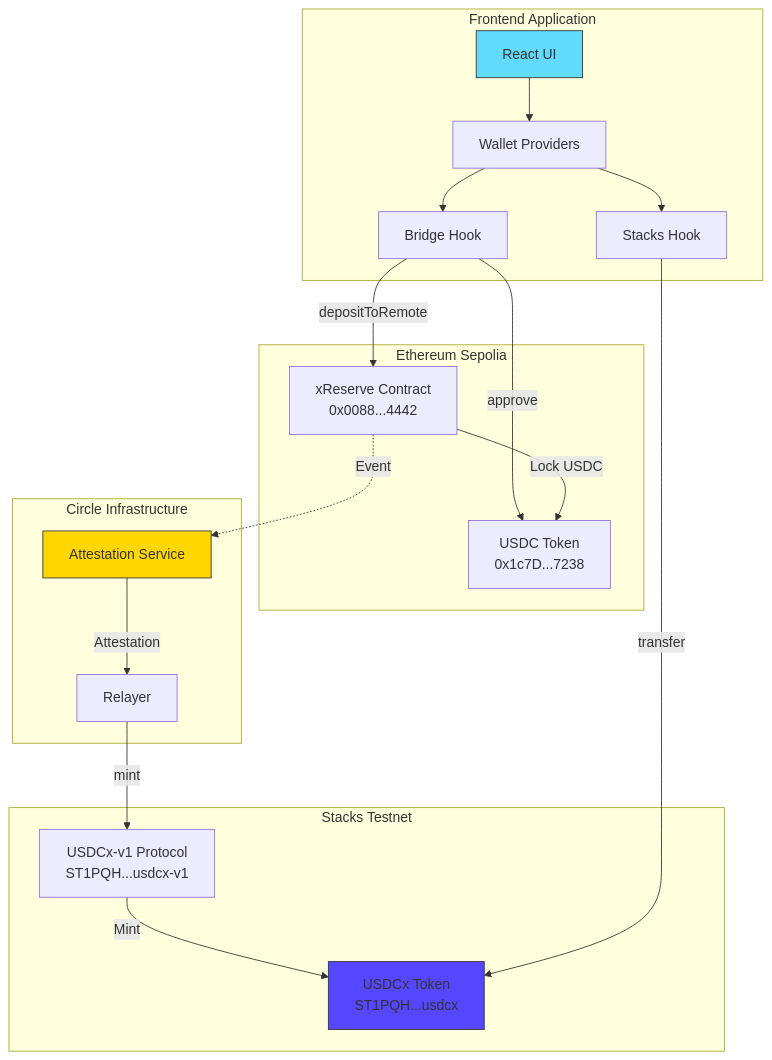
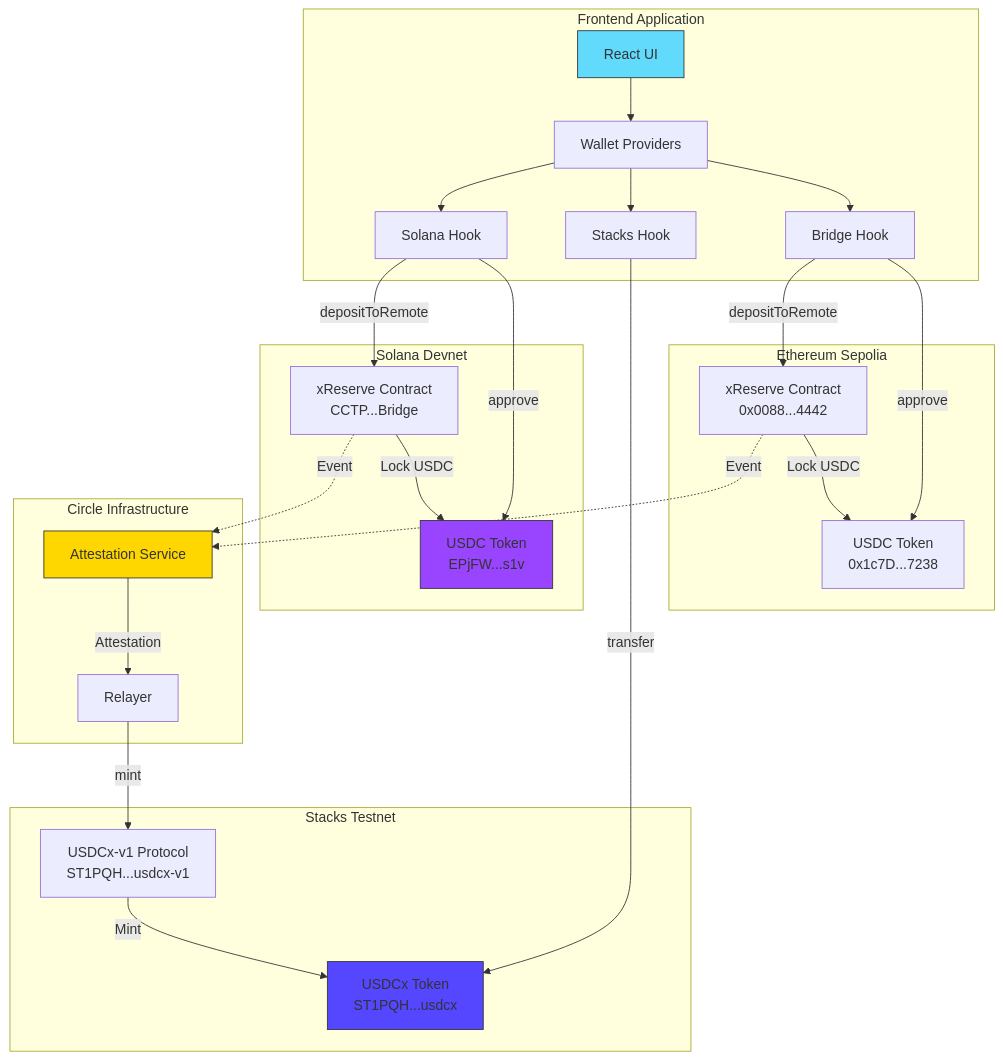
One commit to cypherpulse/Hermes changed the fourth of 7 diagrams in README.md. Above: the diagram before and after it, drawn with Mermaid. The commit also changed other lines of this file, not shown here.

````diff
--- a/README.md
+++ b/README.md
@@ -330,40 +340,52 @@
 ```mermaid
 graph TB
     subgraph "Frontend Application"
         UI[React UI]
         WP[Wallet Providers]
         BH[Bridge Hook]
         SH[Stacks Hook]
+        SOH[Solana Hook]
     end
     
     subgraph "Ethereum Sepolia"
         USDC[USDC Token<br/>0x1c7D...7238]
         XR[xReserve Contract<br/>0x0088...4442]
+    end
+    
+    subgraph "Solana Devnet"
+        SUSDC[USDC Token<br/>EPjFW...s1v]
+        SXR[xReserve Contract<br/>CCTP...Bridge]
     end
     
     subgraph "Circle Infrastructure"
         ATT[Attestation Service]
         REL[Relayer]
     end
     
     subgraph "Stacks Testnet"
         USDCX[USDCx Token<br/>ST1PQH...usdcx]
         USDCXV1[USDCx-v1 Protocol<br/>ST1PQH...usdcx-v1]
     end
     
     UI --> WP
     WP --> BH
     WP --> SH
+    WP --> SOH
     BH -->|approve| USDC
     BH -->|depositToRemote| XR
+    SOH -->|approve| SUSDC
+    SOH -->|depositToRemote| SXR
     XR -->|Lock USDC| USDC
+    SXR -->|Lock USDC| SUSDC
     XR -.->|Event| ATT
+    SXR -.->|Event| ATT
     ATT -->|Attestation| REL
     REL -->|mint| USDCXV1
     USDCXV1 -->|Mint| USDCX
     SH -->|transfer| USDCX
     
     style UI fill:#61DAFB,stroke:#333
     style ATT fill:#FFD700,stroke:#333
     style USDCX fill:#5546FF,stroke:#333
+    style SUSDC fill:#9945FF,stroke:#333
 ```
````
